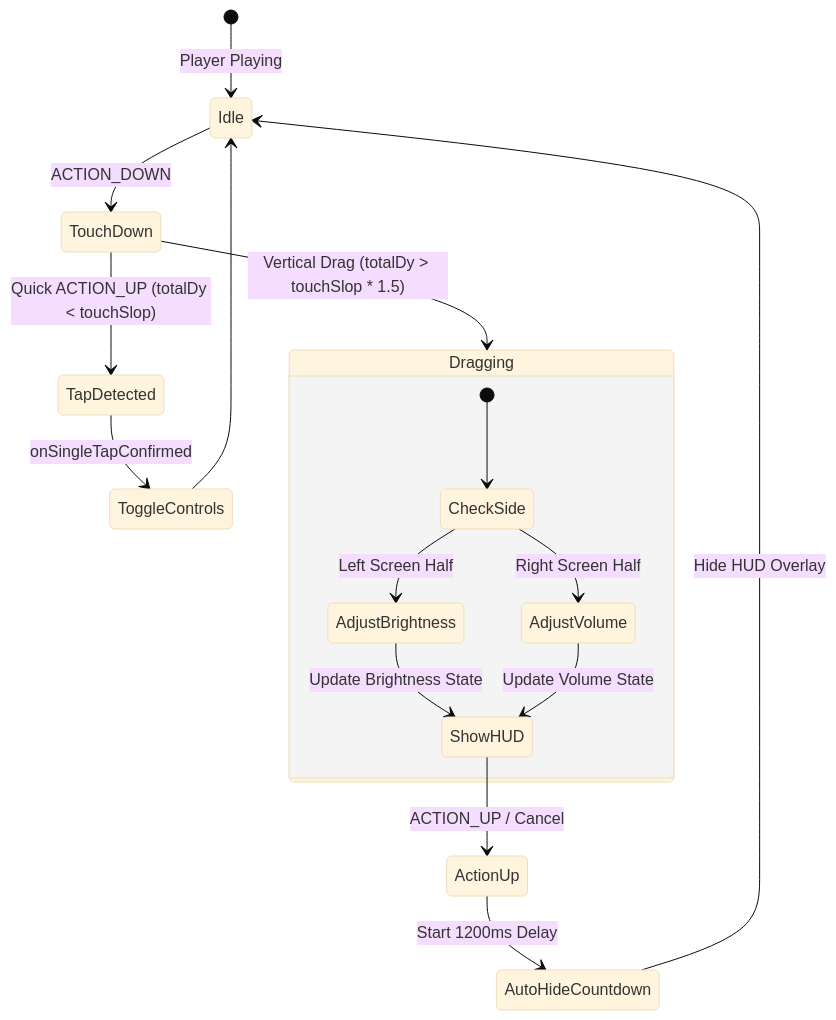
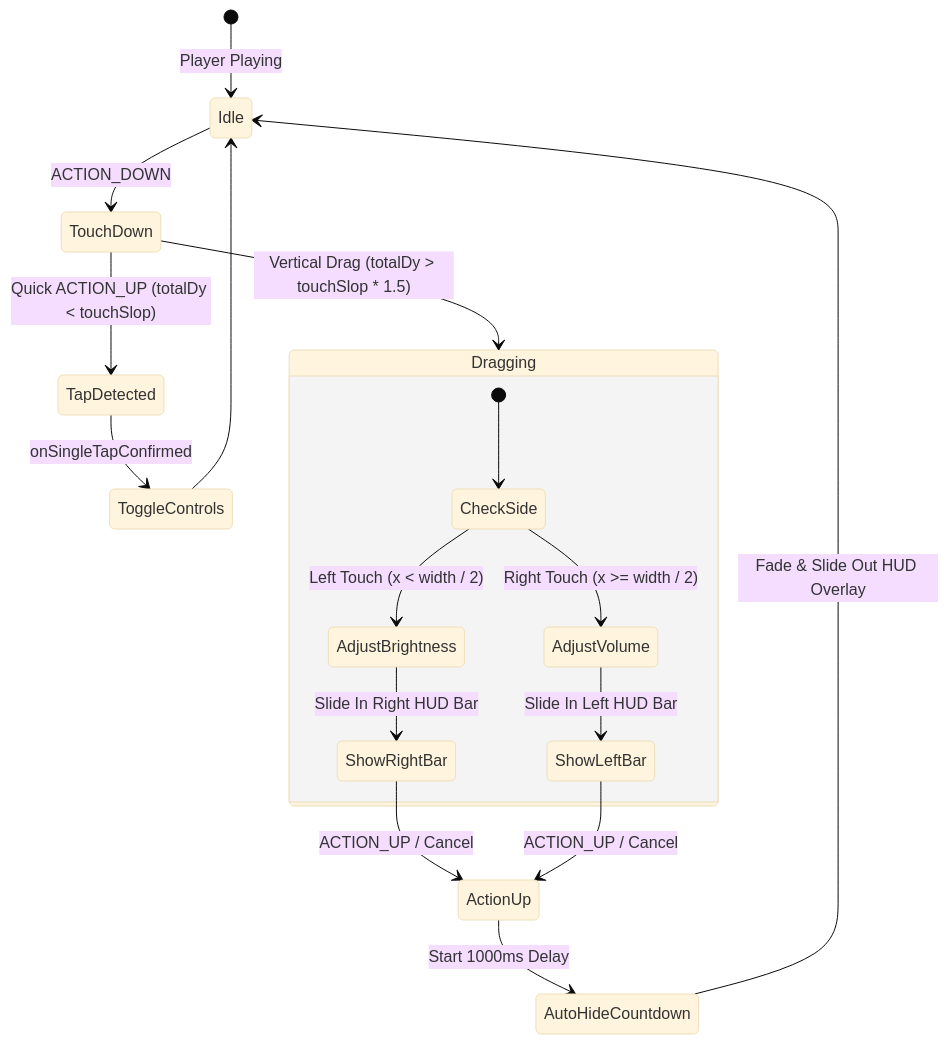
The third of 5 diagrams in docs/WORKFLOW.md (CodesRahul96/StreamPlus), drawn with Mermaid (base theme) before and after one commit. The commit also changed other lines of this file and 3 other files, not shown here.

Commit message:
Update system architecture, workflows, and tomorrow's roadmap in docs

````diff
--- a/docs/WORKFLOW.md
+++ b/docs/WORKFLOW.md
@@ -79,22 +79,23 @@
 ```mermaid
 stateDiagram-v2
     [*] --> Idle: Player Playing
 
     Idle --> TouchDown: ACTION_DOWN
     TouchDown --> TapDetected: Quick ACTION_UP (totalDy < touchSlop)
     TapDetected --> ToggleControls: onSingleTapConfirmed
     ToggleControls --> Idle
 
     TouchDown --> Dragging: Vertical Drag (totalDy > touchSlop * 1.5)
     state Dragging {
         [*] --> CheckSide
-        CheckSide --> AdjustBrightness: Left Screen Half
-        CheckSide --> AdjustVolume: Right Screen Half
-        AdjustBrightness --> ShowHUD: Update Brightness State
-        AdjustVolume --> ShowHUD: Update Volume State
+        CheckSide --> AdjustBrightness: Left Touch (x < width / 2)
+        CheckSide --> AdjustVolume: Right Touch (x >= width / 2)
+        AdjustBrightness --> ShowRightBar: Slide In Right HUD Bar
+        AdjustVolume --> ShowLeftBar: Slide In Left HUD Bar
     }
 
-    ShowHUD --> ActionUp: ACTION_UP / Cancel
-    ActionUp --> AutoHideCountdown: Start 1200ms Delay
-    AutoHideCountdown --> Idle: Hide HUD Overlay
+    ShowRightBar --> ActionUp: ACTION_UP / Cancel
+    ShowLeftBar --> ActionUp: ACTION_UP / Cancel
+    ActionUp --> AutoHideCountdown: Start 1000ms Delay
+    AutoHideCountdown --> Idle: Fade & Slide Out HUD Overlay
 ```
````
